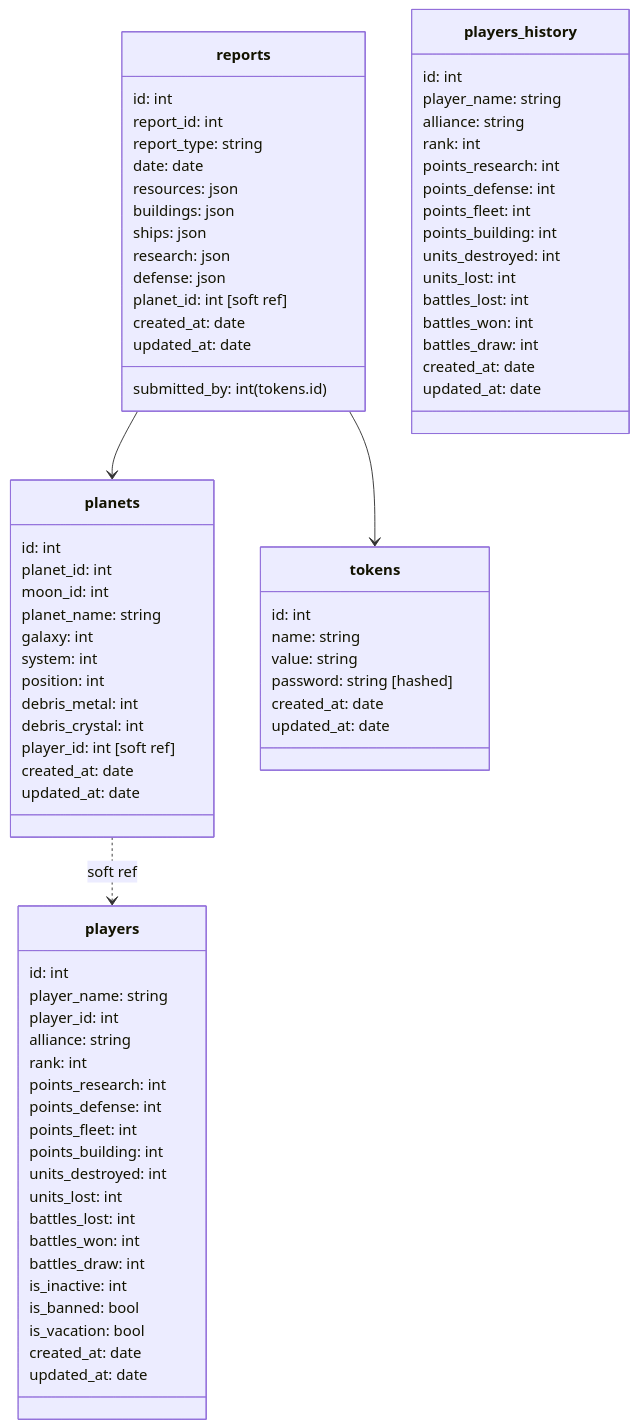
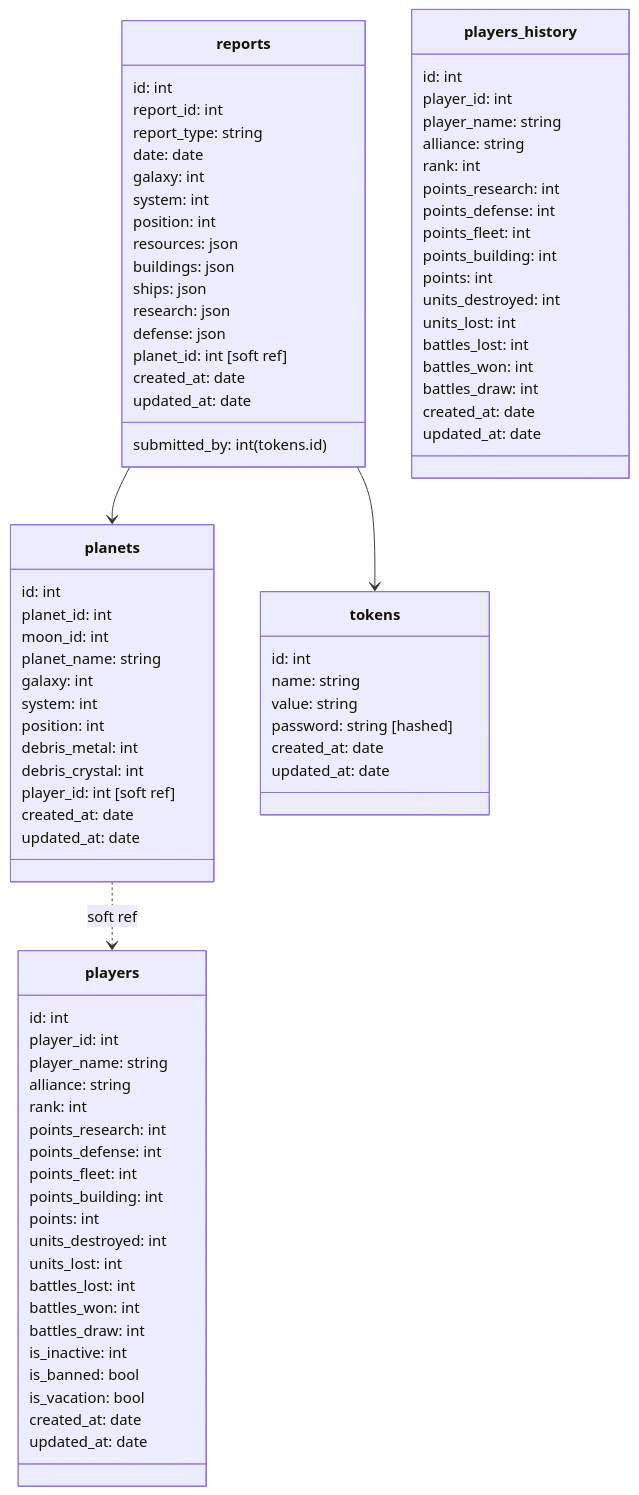
Before and after one commit to anoff/teamview: the diagram in readme.md, drawn with Mermaid. The commit also changed other lines of this file and 2 other files, not shown here.

```diff
--- a/readme.md
+++ b/readme.md
@@ -78,6 +81,9 @@
     report_id: int
     report_type: string
     date: date
+    galaxy: int
+    system: int
+    position: int
     resources: json
     buildings: json
     ships: json
@@ -90,14 +96,15 @@
   }
   class players {
     id: int
+    player_id: int
     player_name: string
-    player_id: int
     alliance: string
     rank: int
     points_research: int
     points_defense: int
     points_fleet: int
     points_building: int
+    points: int
     units_destroyed: int
     units_lost: int
     battles_lost: int
@@ -111,6 +118,7 @@
   }
   class players_history {
     id: int
+    player_id: int
     player_name: string
     alliance: string
     rank: int
@@ -118,6 +126,7 @@
     points_defense: int
     points_fleet: int
     points_building: int
+    points: int
     units_destroyed: int
     units_lost: int
     battles_lost: int
```
